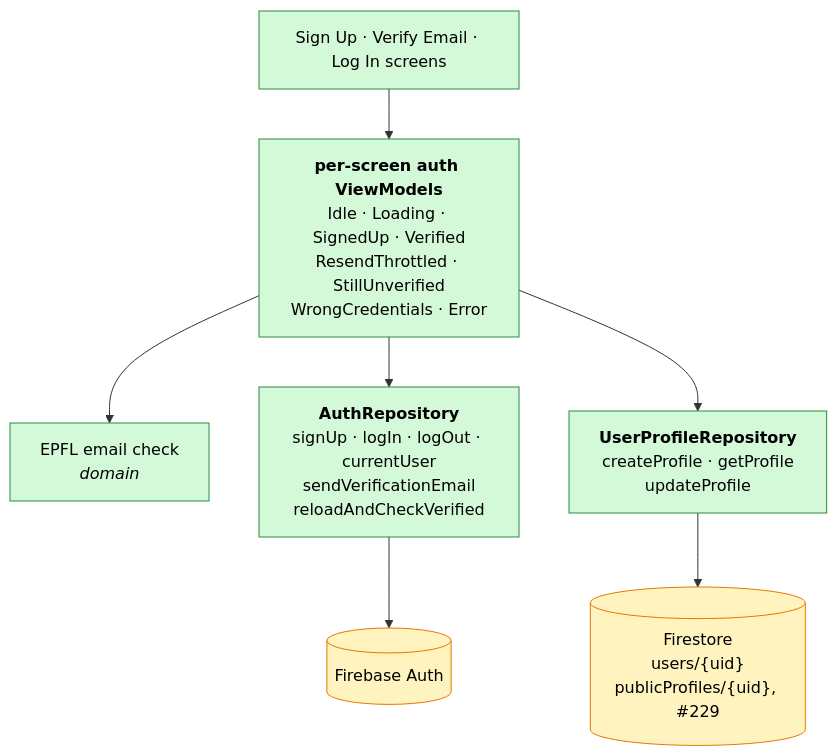
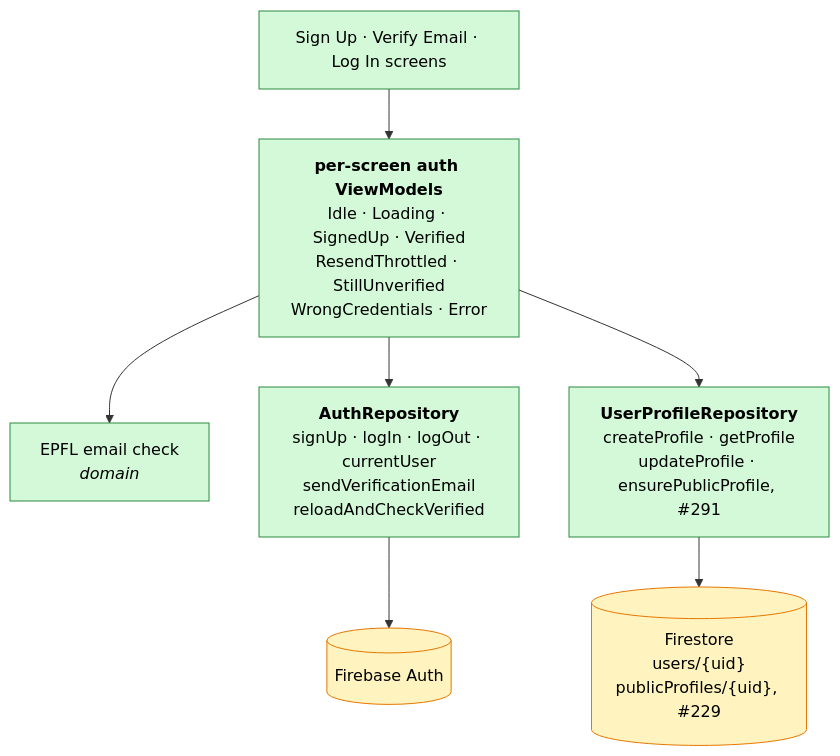
The third of 12 diagrams in docs/Architecture-Diagram.md (swent-polysocial/PolySocial), drawn with Mermaid before and after one commit. The commit also changed other lines of this file and 1 other file, not shown here.

First line of the commit message:
docs: record the public profile repair

````diff
--- a/docs/Architecture-Diagram.md
+++ b/docs/Architecture-Diagram.md
@@ -140,20 +141,20 @@
 ```mermaid
 flowchart TB
   classDef s1 fill:#d3f9d8,stroke:#2b8a3e,color:#000
   classDef ext fill:#fff3bf,stroke:#e67700,color:#000
 
   screens["Sign Up · Verify Email · Log In screens"]:::s1
   vm["<b>per-screen auth ViewModels</b><br/>Idle · Loading · SignedUp · Verified<br/>ResendThrottled · StillUnverified<br/>WrongCredentials · Error"]:::s1
   val["EPFL email check<br/><i>domain</i>"]:::s1
   auth["<b>AuthRepository</b><br/>signUp · logIn · logOut · currentUser<br/>sendVerificationEmail<br/>reloadAndCheckVerified"]:::s1
-  prof["<b>UserProfileRepository</b><br/>createProfile · getProfile<br/>updateProfile"]:::s1
+  prof["<b>UserProfileRepository</b><br/>createProfile · getProfile<br/>updateProfile · ensurePublicProfile, #291"]:::s1
   fa[("Firebase Auth")]:::ext
   fs[("Firestore<br/>users/{uid}<br/>publicProfiles/{uid}, #229")]:::ext
 
   screens --> vm
   vm --> val
   vm --> auth
   vm --> prof
   auth --> fa
   prof --> fs
 ```
````
